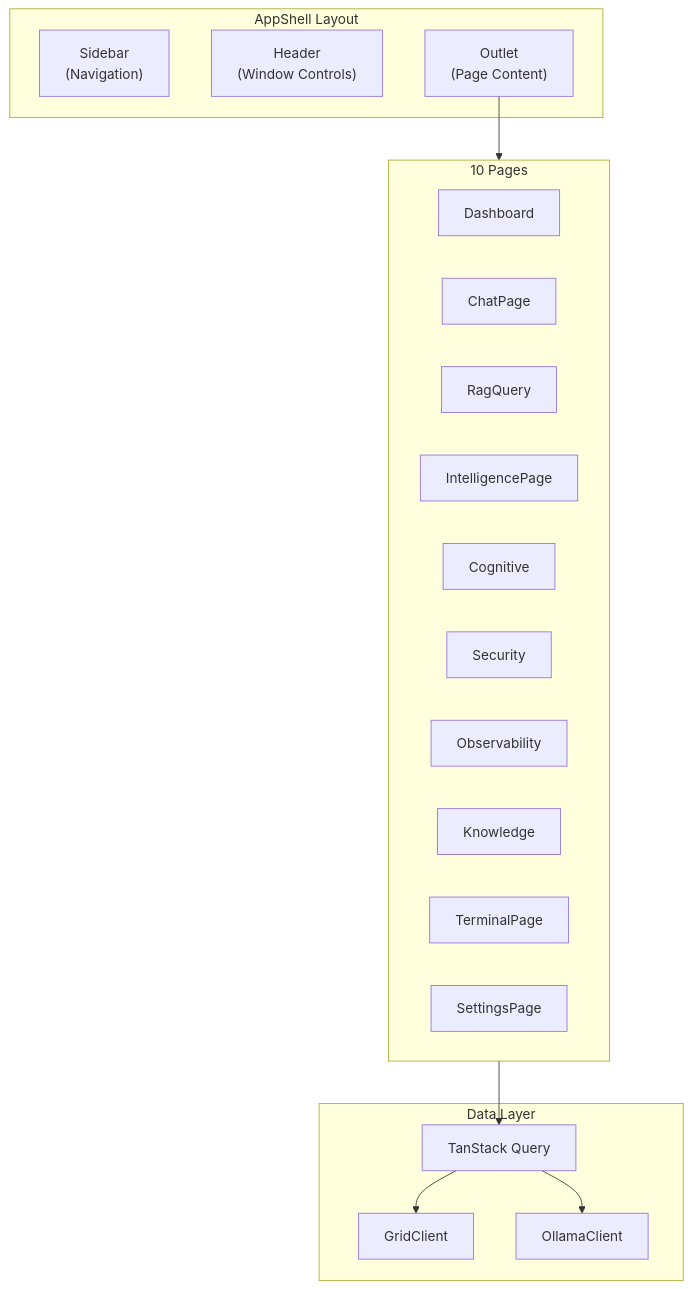
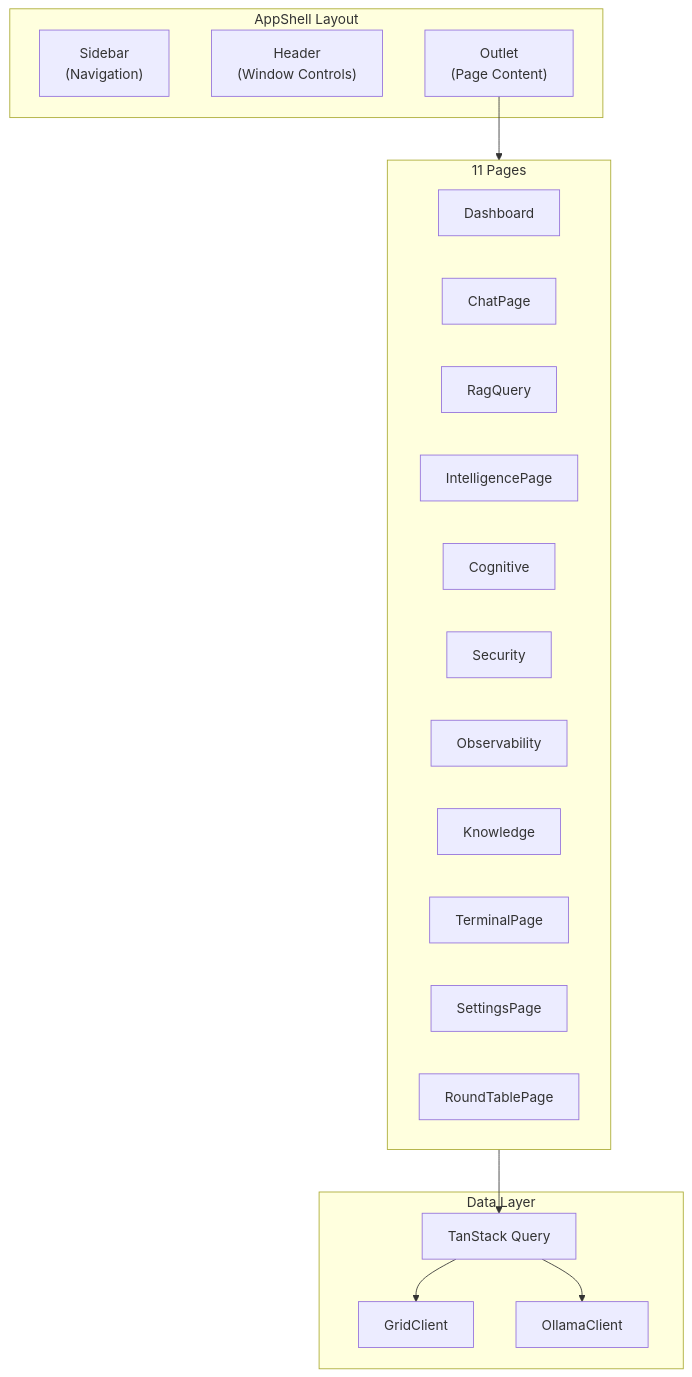
The seventh of 9 diagrams in frontend/docs/ARCHITECTURE.md (GRID-INTELLIGENCE/GRID), drawn with Mermaid before and after one commit. The commit also changed other lines of this file and 6 other files, not shown here.

Commit message:
docs: update documentation for Environmental Intelligence v2.5.0 and fix frontend schema test

````diff
--- a/frontend/docs/ARCHITECTURE.md
+++ b/frontend/docs/ARCHITECTURE.md
@@ -364,32 +365,33 @@
 ```mermaid
 flowchart TB
   subgraph AppShell["AppShell Layout"]
     sidebar["Sidebar<br/>(Navigation)"]
     header["Header<br/>(Window Controls)"]
     outlet["Outlet<br/>(Page Content)"]
   end
 
-  subgraph Pages["10 Pages"]
+  subgraph Pages["11 Pages"]
     dashboard["Dashboard"]
     chat["ChatPage"]
     rag["RagQuery"]
     intel["IntelligencePage"]
     cognitive["Cognitive"]
     security["Security"]
     obs["Observability"]
     knowledge["Knowledge"]
     terminal["TerminalPage"]
     settings["SettingsPage"]
+    roundtable["RoundTablePage"]
   end
 
   subgraph DataLayer["Data Layer"]
     query["TanStack Query"]
     gridClient["GridClient"]
     ollamaClient["OllamaClient"]
   end
 
   outlet --> Pages
   Pages --> query
   query --> gridClient
   query --> ollamaClient
 ```
````
